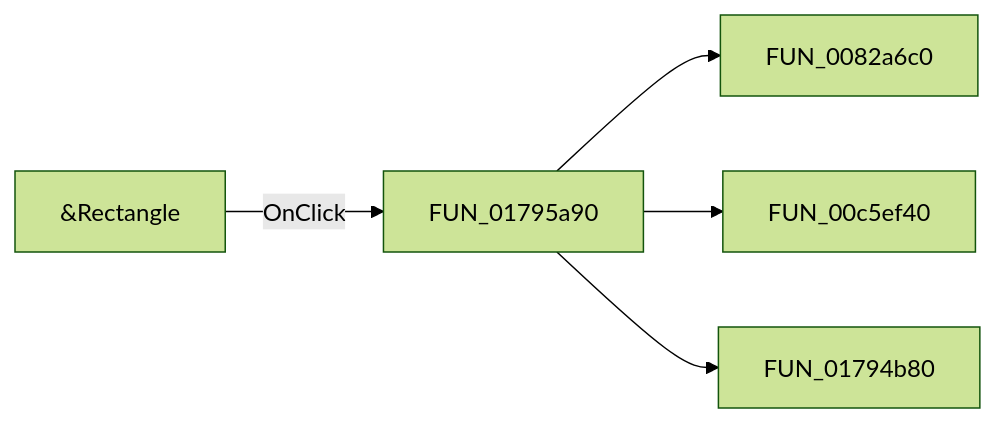
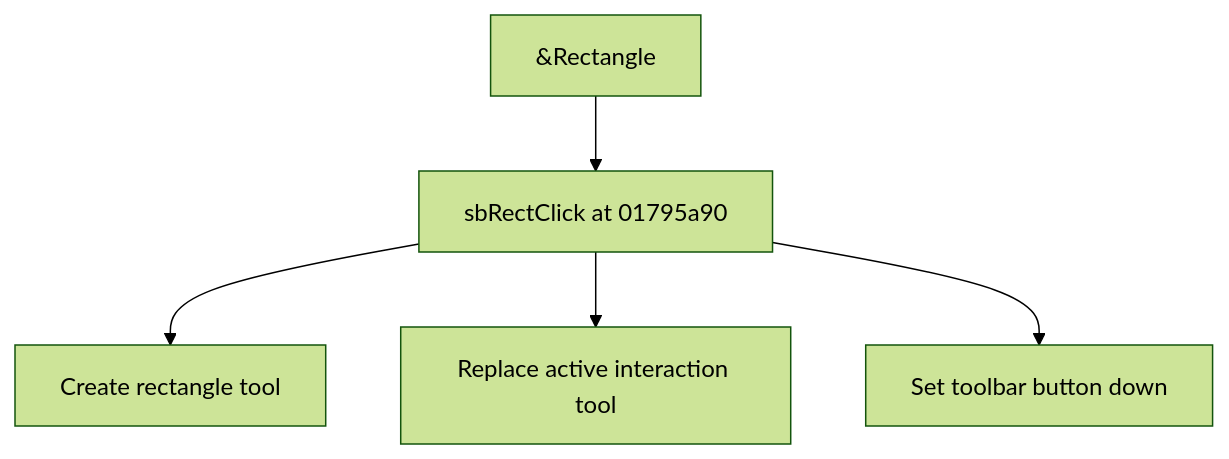
Before and after one commit to MovGP0/TIARA: the diagram in docs/ui-controls/shapeedit/mnurectangle-09d4d18578.md, drawn with Mermaid (forest theme). The commit also changed other lines of this file and 1062 other files, not shown here.

````diff
--- a/docs/ui-controls/shapeedit/mnurectangle-09d4d18578.md
+++ b/docs/ui-controls/shapeedit/mnurectangle-09d4d18578.md
@@ -27,7 +27,7 @@
 ```mermaid
-flowchart LR
-    control["&Rectangle"] -->|OnClick| handler["FUN_01795a90"]
-    handler --> call1["FUN_0082a6c0"]
-    handler --> call2["FUN_00c5ef40"]
-    handler --> call3["FUN_01794b80"]
+flowchart TD
+    control["&Rectangle"] --> handler["sbRectClick at 01795a90"]
+    handler --> step1["Create rectangle tool"]
+    handler --> step2["Replace active interaction tool"]
+    handler --> step3["Set toolbar button down"]
 ```
````
